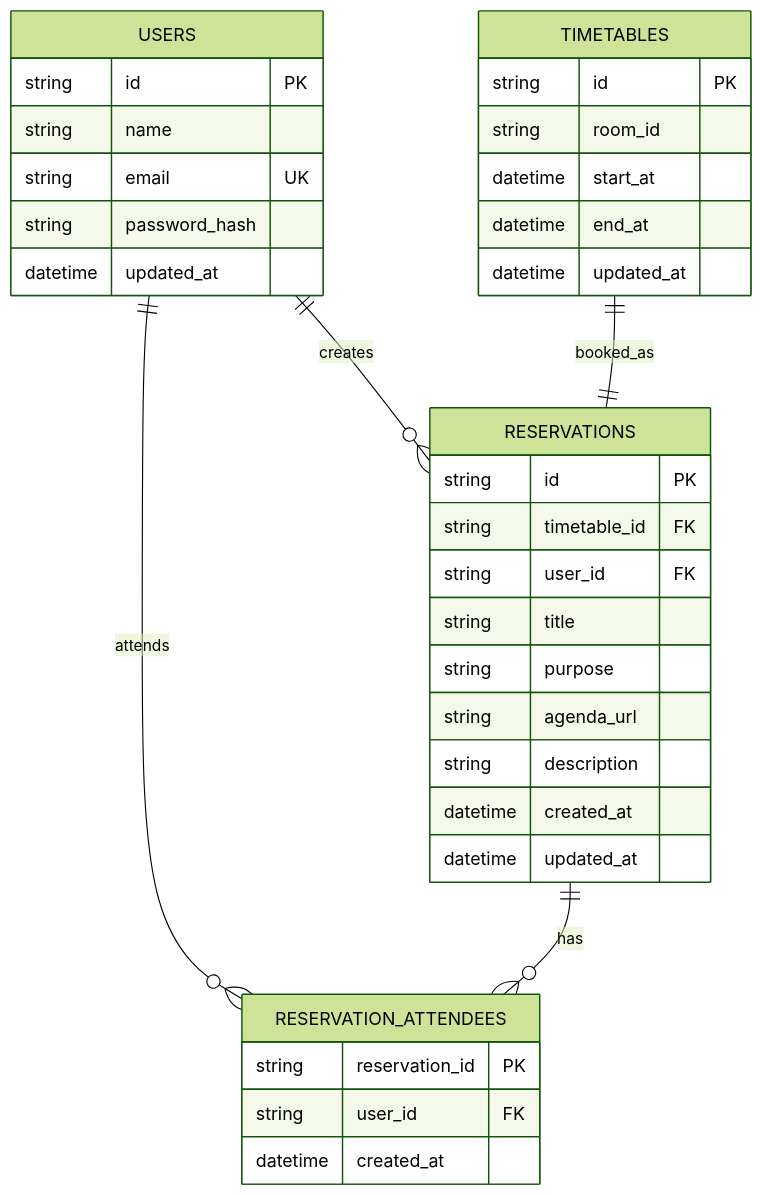
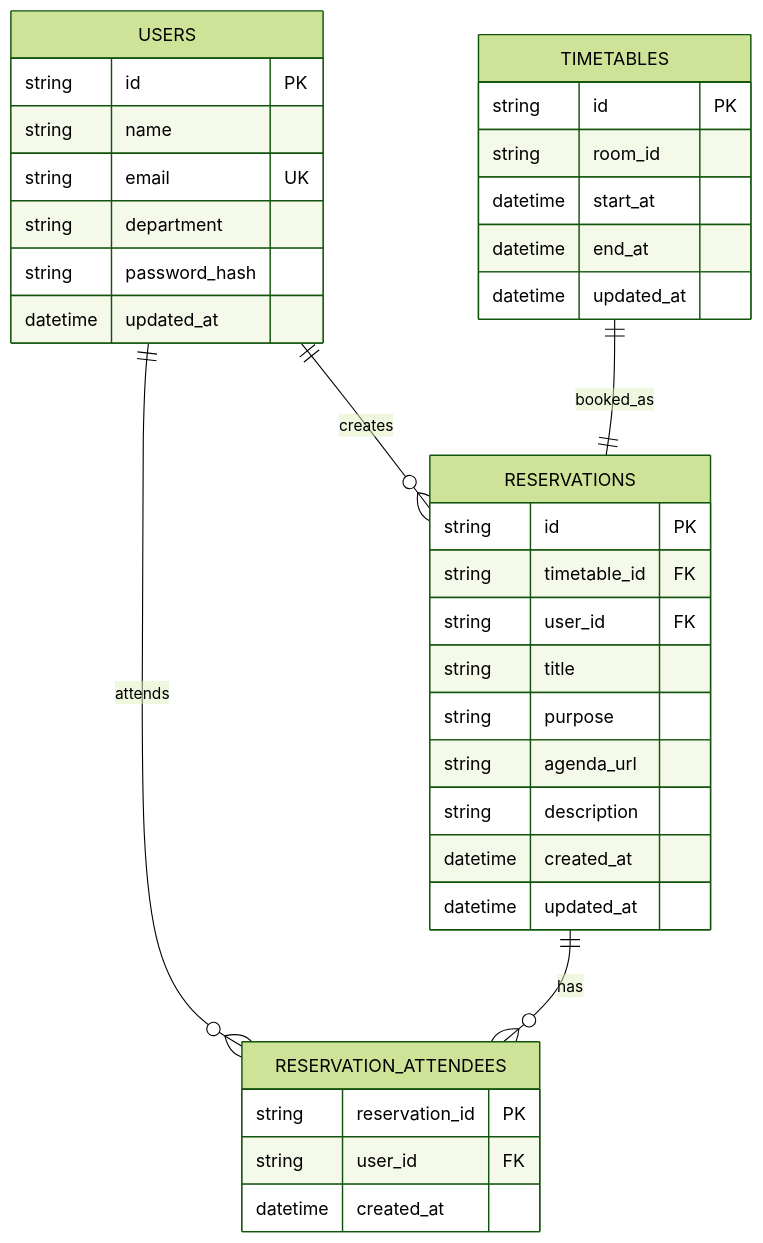
One commit to yuunicode/roombook changed the diagram in docs/database/erd.md. Above: the diagram before and after it, drawn with Mermaid (forest theme). The commit also changed other lines of this file and 47 other files, not shown here.

````diff
--- a/docs/database/erd.md
+++ b/docs/database/erd.md
@@ -8,41 +8,42 @@
 ```mermaid
 erDiagram
     USERS ||--o{ RESERVATIONS : creates
     USERS ||--o{ RESERVATION_ATTENDEES : attends
     TIMETABLES ||--|| RESERVATIONS : booked_as
     RESERVATIONS ||--o{ RESERVATION_ATTENDEES : has
 
     USERS {
         string id PK
         string name
         string email UK
+        string department
         string password_hash
         datetime updated_at
     }
 
     TIMETABLES {
         string id PK
         string room_id
         datetime start_at
         datetime end_at
         datetime updated_at
     }
 
     RESERVATIONS {
         string id PK
         string timetable_id FK
         string user_id FK
         string title
         string purpose
         string agenda_url
         string description
         datetime created_at
         datetime updated_at
     }
 
     RESERVATION_ATTENDEES {
         string reservation_id PK
         string user_id FK
         datetime created_at
     }
 ```
````
